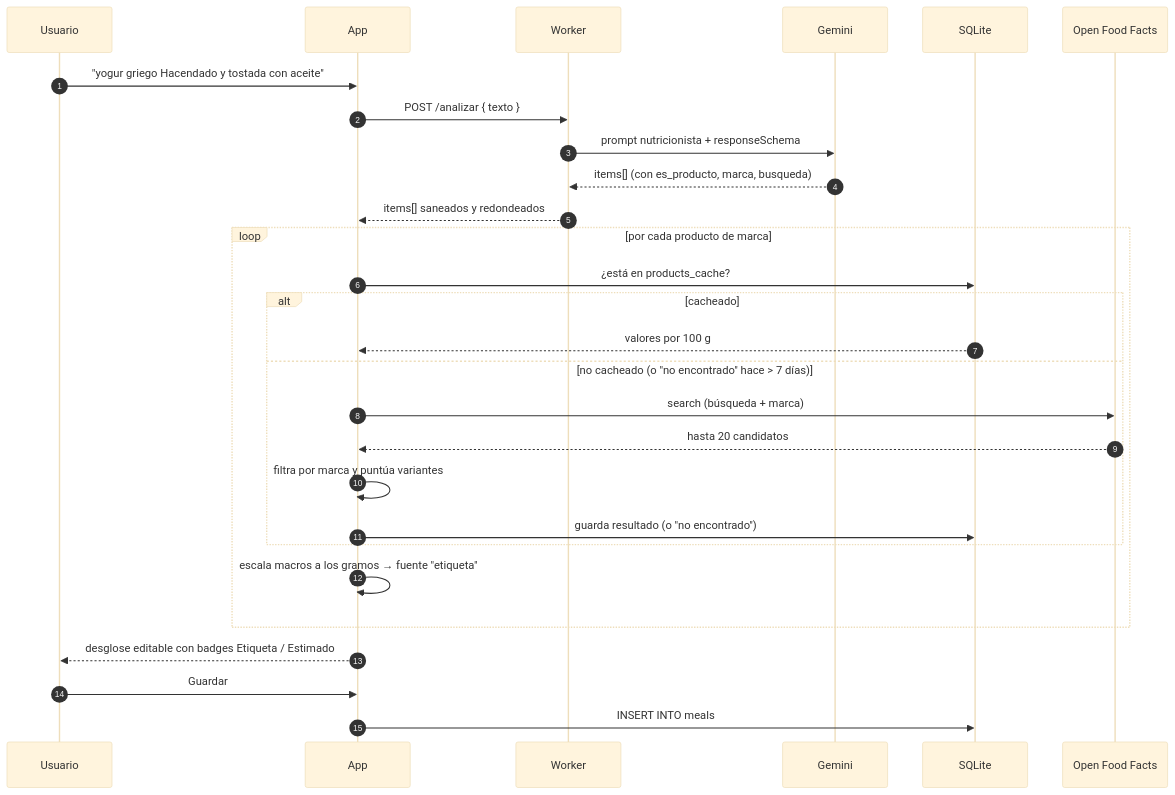
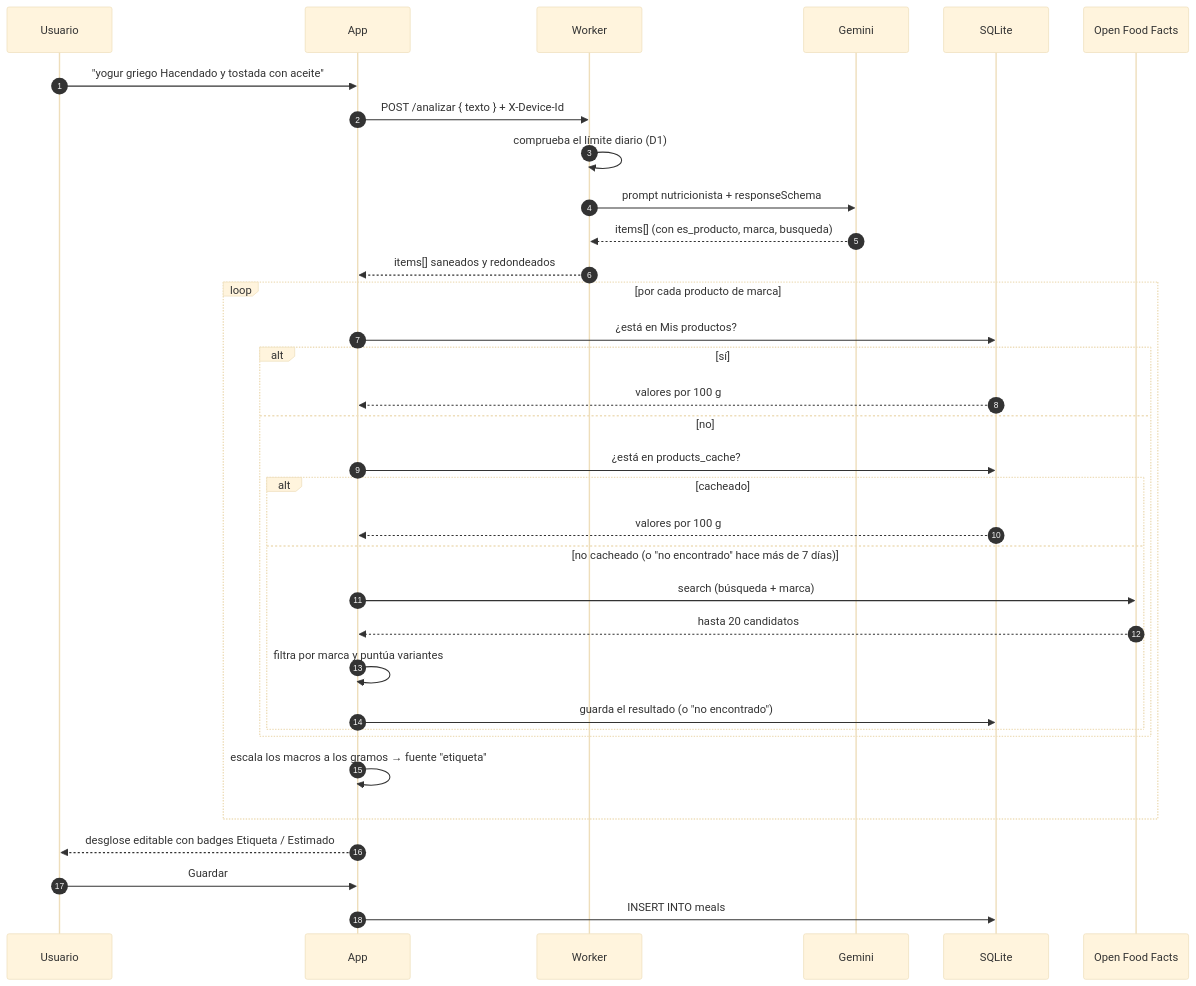
The second of 3 diagrams in README.md (JoseMasiaTormo/mako), drawn with Mermaid (base theme) before and after one commit. The commit also changed other lines of this file and 3 other files, not shown here.

````diff
--- a/README.md
+++ b/README.md
@@ -123,31 +182,37 @@
 ```mermaid
 sequenceDiagram
     autonumber
     participant 👤 as Usuario
     participant 📱 as App
     participant ⚡ as Worker
     participant 🤖 as Gemini
     participant 💾 as SQLite
     participant 🍊 as Open Food Facts
 
     👤->>📱: "yogur griego Hacendado y tostada con aceite"
-    📱->>⚡: POST /analizar { texto }
+    📱->>⚡: POST /analizar { texto } + X-Device-Id
+    ⚡->>⚡: comprueba el límite diario (D1)
     ⚡->>🤖: prompt nutricionista + responseSchema
     🤖-->>⚡: items[] (con es_producto, marca, busqueda)
     ⚡-->>📱: items[] saneados y redondeados
     loop por cada producto de marca
-        📱->>💾: ¿está en products_cache?
-        alt cacheado
+        📱->>💾: ¿está en Mis productos?
+        alt sí
             💾-->>📱: valores por 100 g
-        else no cacheado (o "no encontrado" hace > 7 días)
-            📱->>🍊: search (búsqueda + marca)
-            🍊-->>📱: hasta 20 candidatos
-            📱->>📱: filtra por marca y puntúa variantes
-            📱->>💾: guarda resultado (o "no encontrado")
+        else no
+            📱->>💾: ¿está en products_cache?
+            alt cacheado
+                💾-->>📱: valores por 100 g
+            else no cacheado (o "no encontrado" hace más de 7 días)
+                📱->>🍊: search (búsqueda + marca)
+                🍊-->>📱: hasta 20 candidatos
+                📱->>📱: filtra por marca y puntúa variantes
+                📱->>💾: guarda el resultado (o "no encontrado")
+            end
         end
-        📱->>📱: escala macros a los gramos → fuente "etiqueta"
+        📱->>📱: escala los macros a los gramos → fuente "etiqueta"
     end
     📱-->>👤: desglose editable con badges Etiqueta / Estimado
     👤->>📱: Guardar
     📱->>💾: INSERT INTO meals
 ```
````
